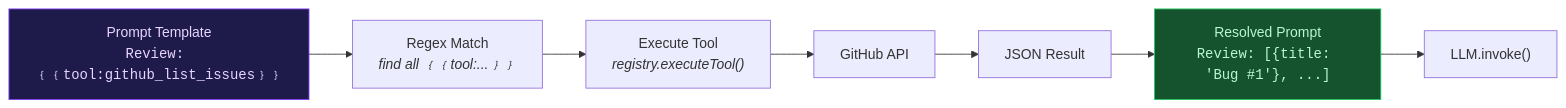
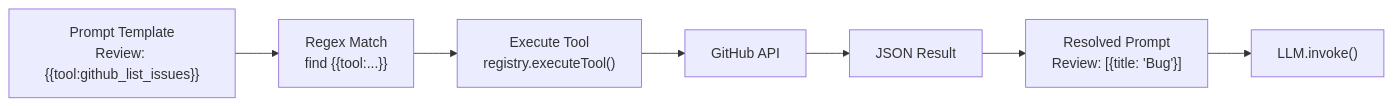
Before and after one commit to rlynjb/buffr: the eighth of 10 diagrams in docs/LEARNING_AI_BACKEND.md, drawn with Mermaid. The commit also changed other lines of this file, not shown here.

````diff
--- a/docs/LEARNING_AI_BACKEND.md
+++ b/docs/LEARNING_AI_BACKEND.md
@@ -575,12 +621,9 @@
 ```mermaid
 flowchart LR
-    A["Prompt Template<br/><code>Review: ﹛﹛tool:github_list_issues﹜﹜</code>"] --> B["Regex Match<br/><i>find all ﹛﹛tool:...﹜﹜</i>"]
-    B --> C["Execute Tool<br/><i>registry.executeTool()</i>"]
+    A["Prompt Template<br/>Review: {{tool:github_list_issues}}"] --> B["Regex Match<br/>find {{tool:...}}"]
+    B --> C["Execute Tool<br/>registry.executeTool()"]
     C --> D["GitHub API"]
     D --> E["JSON Result"]
-    E --> F["Resolved Prompt<br/><code>Review: [{title: 'Bug #1'}, ...]</code>"]
+    E --> F["Resolved Prompt<br/>Review: [{title: 'Bug'}]"]
     F --> G["LLM.invoke()"]
-
-    style A fill:#1e1b4b,stroke:#7c3aed,color:#e9d5ff
-    style F fill:#14532d,stroke:#22c55e,color:#bbf7d0
 ```
````
